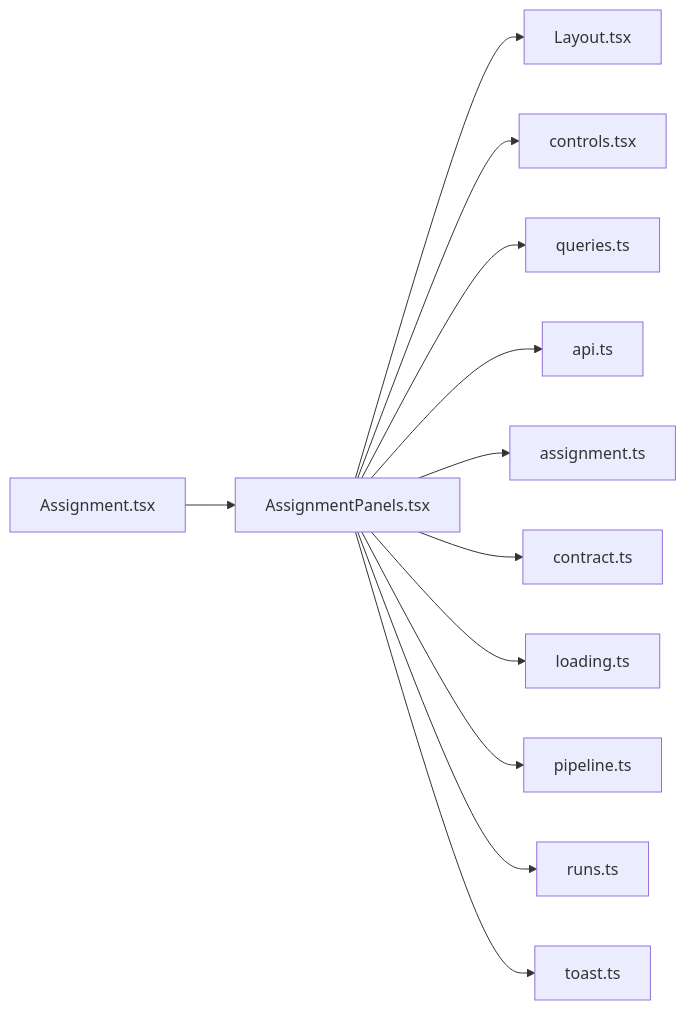
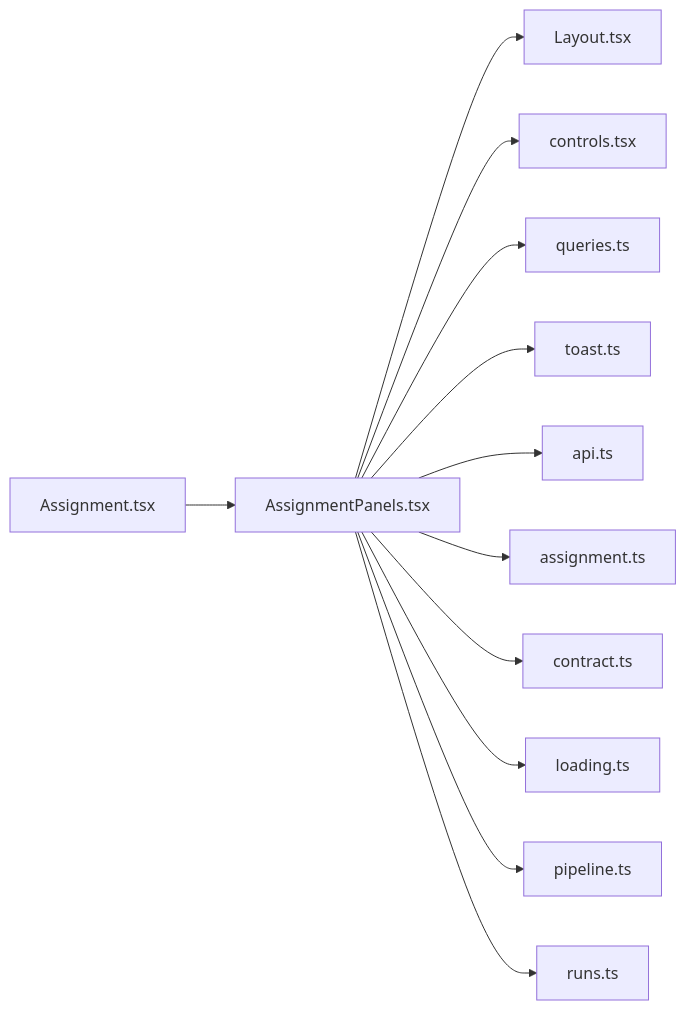
One commit to minkong-dev/Banblit changed the diagram in .cluedoc/graph/frontend/src/routes/AssignmentPanels.md. Above: the diagram before and after it, drawn with Mermaid. The commit also changed other lines of this file and 47 other files, not shown here.

Commit message:
frontend: move toast into components

````diff
--- a/.cluedoc/graph/frontend/src/routes/AssignmentPanels.md
+++ b/.cluedoc/graph/frontend/src/routes/AssignmentPanels.md
@@ -10,15 +10,15 @@
 ```mermaid
 flowchart LR
   frontend_src_routes_AssignmentPanels["AssignmentPanels.tsx"]
   frontend_src_routes_AssignmentPanels --> frontend_src_components_Layout["Layout.tsx"]
   frontend_src_routes_AssignmentPanels --> frontend_src_components_controls["controls.tsx"]
   frontend_src_routes_AssignmentPanels --> frontend_src_components_queries["queries.ts"]
+  frontend_src_routes_AssignmentPanels --> frontend_src_components_toast["toast.ts"]
   frontend_src_routes_AssignmentPanels --> frontend_src_lib_api["api.ts"]
   frontend_src_routes_AssignmentPanels --> frontend_src_lib_assignment["assignment.ts"]
   frontend_src_routes_AssignmentPanels --> frontend_src_lib_contract["contract.ts"]
   frontend_src_routes_AssignmentPanels --> frontend_src_lib_loading["loading.ts"]
   frontend_src_routes_AssignmentPanels --> frontend_src_lib_pipeline["pipeline.ts"]
   frontend_src_routes_AssignmentPanels --> frontend_src_lib_runs["runs.ts"]
-  frontend_src_routes_AssignmentPanels --> frontend_src_lib_toast["toast.ts"]
   frontend_src_routes_Assignment["Assignment.tsx"] --> frontend_src_routes_AssignmentPanels
 ```
````
